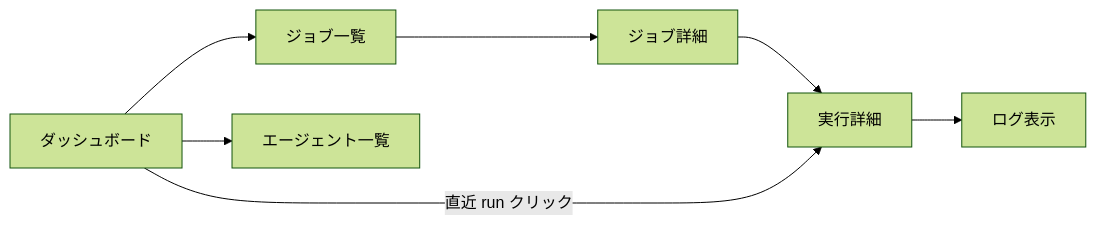
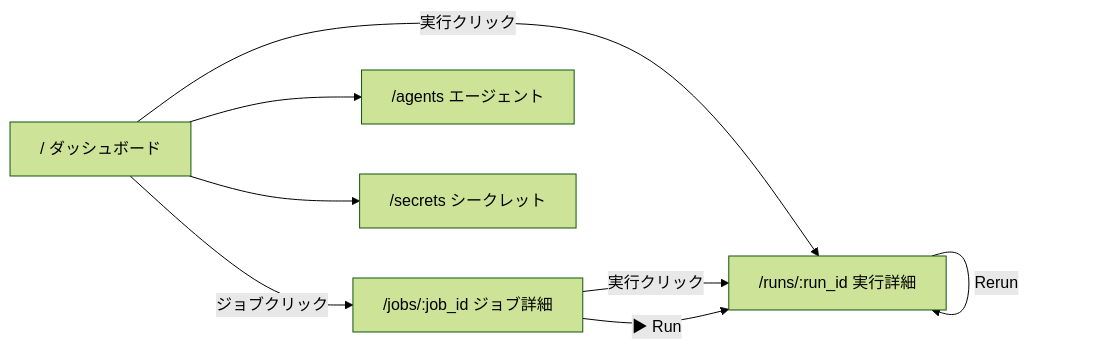
The diagram in docs/web-ui-design.md (pkaichi/post_jen), drawn with Mermaid (forest theme) before and after one commit. The commit also changed other lines of this file and 20 other files, not shown here.

Commit message:
Add Web UI with Leptos (Phase 1) Leptos (Rust WASM) でダッシュボード・実行詳細・ジョブ詳細・エージェント一覧・シークレット一覧の5画面を実装した。 ビルド成果物をinclude_dirでpostjen-serverに埋め込み、追加プロセス不要でブラウザからアクセス可能にした。 ノード一覧API・ジョブ定義取得APIを追加し、web-ui-design.mdをLeptosベースの詳細設計に改訂した。

````diff
--- a/docs/web-ui-design.md
+++ b/docs/web-ui-design.md
@@ -149,13 +262,16 @@
 ```mermaid
 graph LR
-    Dashboard[ダッシュボード]
-    JobList[ジョブ一覧]
-    JobDetail[ジョブ詳細]
-    RunDetail[実行詳細]
-    Logs[ログ表示]
-    Agents[エージェント一覧]
+    Dashboard["/ ダッシュボード"]
+    JobDetail["/jobs/:job_id ジョブ詳細"]
+    RunDetail["/runs/:run_id 実行詳細"]
+    Agents["/agents エージェント"]
+    Secrets["/secrets シークレット"]
 
-    Dashboard --> JobList --> JobDetail --> RunDetail --> Logs
-    Dashboard -- "直近 run クリック" --> RunDetail
+    Dashboard -- "ジョブクリック" --> JobDetail
+    Dashboard -- "実行クリック" --> RunDetail
     Dashboard --> Agents
+    Dashboard --> Secrets
+    JobDetail -- "実行クリック" --> RunDetail
+    JobDetail -- "▶ Run" --> RunDetail
+    RunDetail -- "Rerun" --> RunDetail
 ```
````
